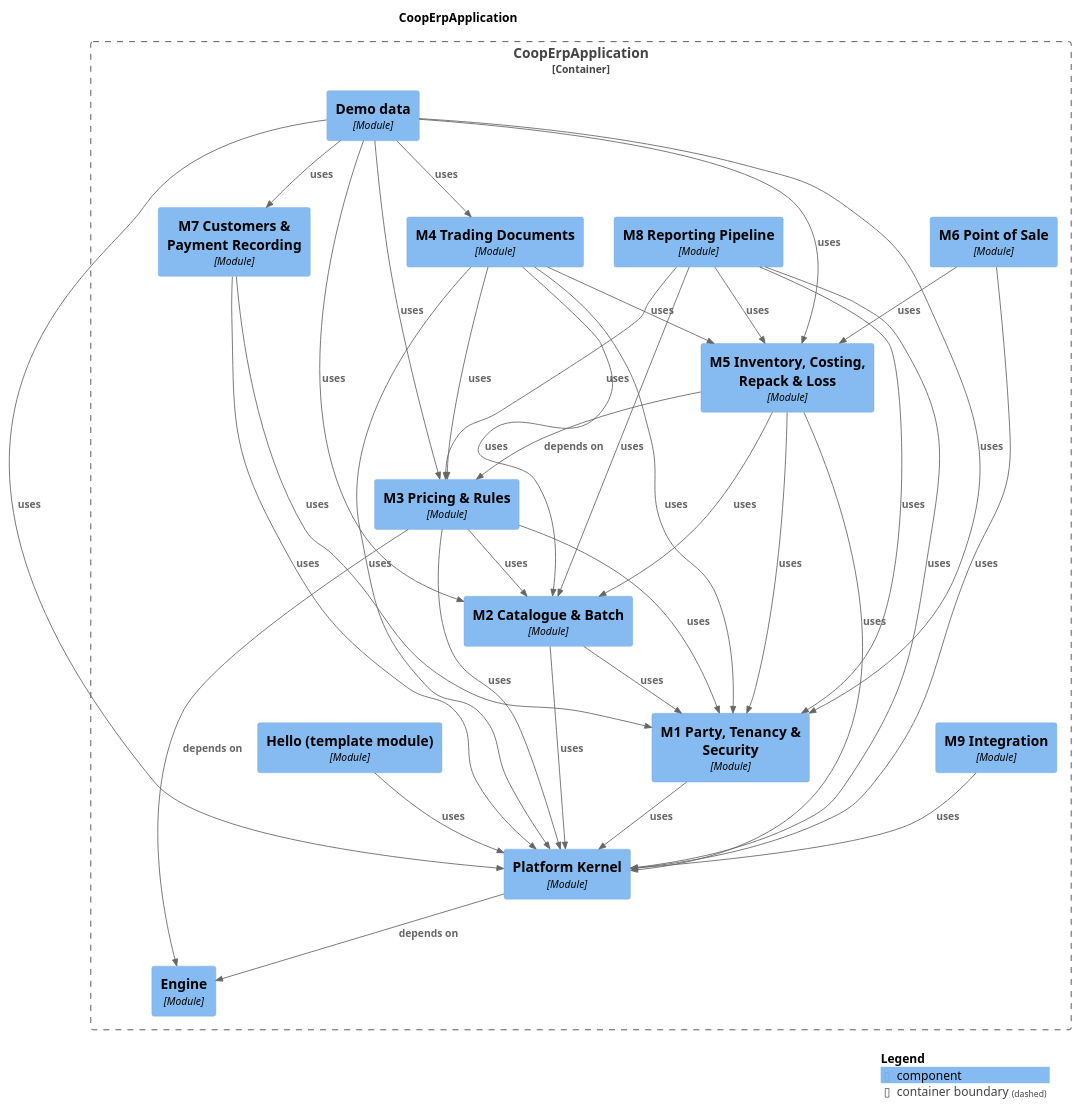
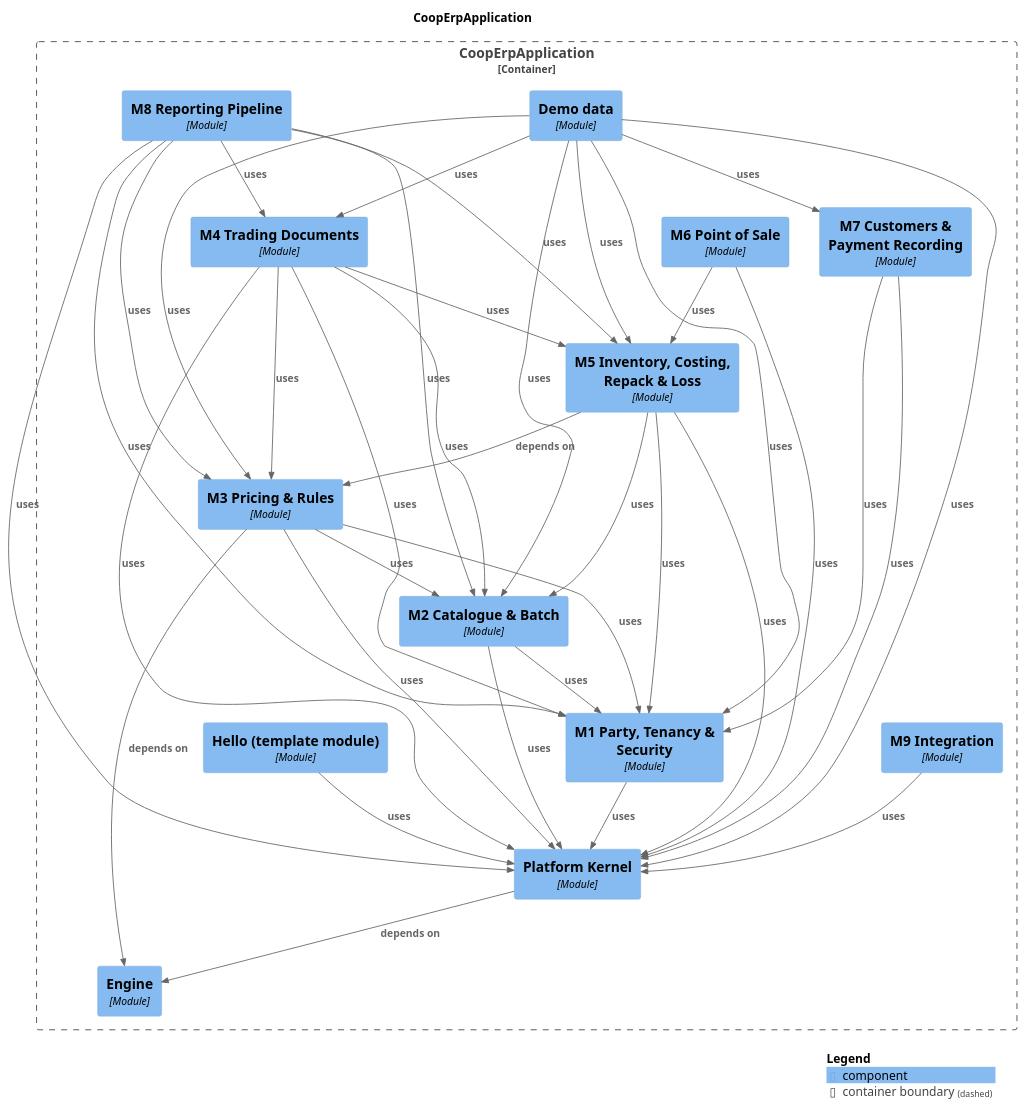
The diagram in docs/modules/components.puml (Knoweb/COOP_ERP), drawn with PlantUML before and after one commit. The commit also changed 32 other files, not shown here.

```diff
--- a/docs/modules/components.puml
+++ b/docs/modules/components.puml
@@ -1,64 +1,65 @@
 @startuml
 set separator none
 title CoopErpApplication
 
 top to bottom direction
 
 !include <C4/C4>
 !include <C4/C4_Context>
 !include <C4/C4_Component>
 
 Container_Boundary("CoopErpApplication.CoopErpApplication_boundary", "CoopErpApplication", $tags="") {
   Component(CoopErpApplication.CoopErpApplication.M7CustomersPaymentRecording, "M7 Customers & Payment Recording", $techn="Module", $descr="", $tags="", $link="")
   Component(CoopErpApplication.CoopErpApplication.M3PricingRules, "M3 Pricing & Rules", $techn="Module", $descr="", $tags="", $link="")
   Component(CoopErpApplication.CoopErpApplication.M5InventoryCostingRepackLoss, "M5 Inventory, Costing, Repack & Loss", $techn="Module", $descr="", $tags="", $link="")
   Component(CoopErpApplication.CoopErpApplication.M4TradingDocuments, "M4 Trading Documents", $techn="Module", $descr="", $tags="", $link="")
   Component(CoopErpApplication.CoopErpApplication.M6PointofSale, "M6 Point of Sale", $techn="Module", $descr="", $tags="", $link="")
+  Component(CoopErpApplication.CoopErpApplication.Demodata, "Demo data", $techn="Module", $descr="", $tags="", $link="")
   Component(CoopErpApplication.CoopErpApplication.M8ReportingPipeline, "M8 Reporting Pipeline", $techn="Module", $descr="", $tags="", $link="")
-  Component(CoopErpApplication.CoopErpApplication.Demodata, "Demo data", $techn="Module", $descr="", $tags="", $link="")
   Component(CoopErpApplication.CoopErpApplication.Engine, "Engine", $techn="Module", $descr="", $tags="", $link="")
   Component(CoopErpApplication.CoopErpApplication.PlatformKernel, "Platform Kernel", $techn="Module", $descr="", $tags="", $link="")
   Component(CoopErpApplication.CoopErpApplication.Hellotemplatemodule, "Hello (template module)", $techn="Module", $descr="", $tags="", $link="")
   Component(CoopErpApplication.CoopErpApplication.M1PartyTenancySecurity, "M1 Party, Tenancy & Security", $techn="Module", $descr="", $tags="", $link="")
   Component(CoopErpApplication.CoopErpApplication.M9Integration, "M9 Integration", $techn="Module", $descr="", $tags="", $link="")
   Component(CoopErpApplication.CoopErpApplication.M2CatalogueBatch, "M2 Catalogue & Batch", $techn="Module", $descr="", $tags="", $link="")
 }
 
 Rel(CoopErpApplication.CoopErpApplication.Demodata, CoopErpApplication.CoopErpApplication.M1PartyTenancySecurity, "uses", $techn="", $tags="", $link="")
 Rel(CoopErpApplication.CoopErpApplication.Demodata, CoopErpApplication.CoopErpApplication.M2CatalogueBatch, "uses", $techn="", $tags="", $link="")
 Rel(CoopErpApplication.CoopErpApplication.Demodata, CoopErpApplication.CoopErpApplication.M3PricingRules, "uses", $techn="", $tags="", $link="")
 Rel(CoopErpApplication.CoopErpApplication.Demodata, CoopErpApplication.CoopErpApplication.M4TradingDocuments, "uses", $techn="", $tags="", $link="")
 Rel(CoopErpApplication.CoopErpApplication.Demodata, CoopErpApplication.CoopErpApplication.M5InventoryCostingRepackLoss, "uses", $techn="", $tags="", $link="")
 Rel(CoopErpApplication.CoopErpApplication.Demodata, CoopErpApplication.CoopErpApplication.M7CustomersPaymentRecording, "uses", $techn="", $tags="", $link="")
 Rel(CoopErpApplication.CoopErpApplication.Demodata, CoopErpApplication.CoopErpApplication.PlatformKernel, "uses", $techn="", $tags="", $link="")
 Rel(CoopErpApplication.CoopErpApplication.Hellotemplatemodule, CoopErpApplication.CoopErpApplication.PlatformKernel, "uses", $techn="", $tags="", $link="")
 Rel(CoopErpApplication.CoopErpApplication.M1PartyTenancySecurity, CoopErpApplication.CoopErpApplication.PlatformKernel, "uses", $techn="", $tags="", $link="")
 Rel(CoopErpApplication.CoopErpApplication.M2CatalogueBatch, CoopErpApplication.CoopErpApplication.M1PartyTenancySecurity, "uses", $techn="", $tags="", $link="")
 Rel(CoopErpApplication.CoopErpApplication.M2CatalogueBatch, CoopErpApplication.CoopErpApplication.PlatformKernel, "uses", $techn="", $tags="", $link="")
 Rel(CoopErpApplication.CoopErpApplication.M3PricingRules, CoopErpApplication.CoopErpApplication.Engine, "depends on", $techn="", $tags="", $link="")
 Rel(CoopErpApplication.CoopErpApplication.M3PricingRules, CoopErpApplication.CoopErpApplication.M1PartyTenancySecurity, "uses", $techn="", $tags="", $link="")
 Rel(CoopErpApplication.CoopErpApplication.M3PricingRules, CoopErpApplication.CoopErpApplication.M2CatalogueBatch, "uses", $techn="", $tags="", $link="")
 Rel(CoopErpApplication.CoopErpApplication.M3PricingRules, CoopErpApplication.CoopErpApplication.PlatformKernel, "uses", $techn="", $tags="", $link="")
 Rel(CoopErpApplication.CoopErpApplication.M4TradingDocuments, CoopErpApplication.CoopErpApplication.M1PartyTenancySecurity, "uses", $techn="", $tags="", $link="")
 Rel(CoopErpApplication.CoopErpApplication.M4TradingDocuments, CoopErpApplication.CoopErpApplication.M2CatalogueBatch, "uses", $techn="", $tags="", $link="")
 Rel(CoopErpApplication.CoopErpApplication.M4TradingDocuments, CoopErpApplication.CoopErpApplication.M3PricingRules, "uses", $techn="", $tags="", $link="")
 Rel(CoopErpApplication.CoopErpApplication.M4TradingDocuments, CoopErpApplication.CoopErpApplication.M5InventoryCostingRepackLoss, "uses", $techn="", $tags="", $link="")
 Rel(CoopErpApplication.CoopErpApplication.M4TradingDocuments, CoopErpApplication.CoopErpApplication.PlatformKernel, "uses", $techn="", $tags="", $link="")
 Rel(CoopErpApplication.CoopErpApplication.M5InventoryCostingRepackLoss, CoopErpApplication.CoopErpApplication.M1PartyTenancySecurity, "uses", $techn="", $tags="", $link="")
 Rel(CoopErpApplication.CoopErpApplication.M5InventoryCostingRepackLoss, CoopErpApplication.CoopErpApplication.M2CatalogueBatch, "uses", $techn="", $tags="", $link="")
 Rel(CoopErpApplication.CoopErpApplication.M5InventoryCostingRepackLoss, CoopErpApplication.CoopErpApplication.M3PricingRules, "depends on", $techn="", $tags="", $link="")
 Rel(CoopErpApplication.CoopErpApplication.M5InventoryCostingRepackLoss, CoopErpApplication.CoopErpApplication.PlatformKernel, "uses", $techn="", $tags="", $link="")
 Rel(CoopErpApplication.CoopErpApplication.M6PointofSale, CoopErpApplication.CoopErpApplication.M5InventoryCostingRepackLoss, "uses", $techn="", $tags="", $link="")
 Rel(CoopErpApplication.CoopErpApplication.M6PointofSale, CoopErpApplication.CoopErpApplication.PlatformKernel, "uses", $techn="", $tags="", $link="")
 Rel(CoopErpApplication.CoopErpApplication.M7CustomersPaymentRecording, CoopErpApplication.CoopErpApplication.M1PartyTenancySecurity, "uses", $techn="", $tags="", $link="")
 Rel(CoopErpApplication.CoopErpApplication.M7CustomersPaymentRecording, CoopErpApplication.CoopErpApplication.PlatformKernel, "uses", $techn="", $tags="", $link="")
 Rel(CoopErpApplication.CoopErpApplication.M8ReportingPipeline, CoopErpApplication.CoopErpApplication.M1PartyTenancySecurity, "uses", $techn="", $tags="", $link="")
 Rel(CoopErpApplication.CoopErpApplication.M8ReportingPipeline, CoopErpApplication.CoopErpApplication.M2CatalogueBatch, "uses", $techn="", $tags="", $link="")
 Rel(CoopErpApplication.CoopErpApplication.M8ReportingPipeline, CoopErpApplication.CoopErpApplication.M3PricingRules, "uses", $techn="", $tags="", $link="")
+Rel(CoopErpApplication.CoopErpApplication.M8ReportingPipeline, CoopErpApplication.CoopErpApplication.M4TradingDocuments, "uses", $techn="", $tags="", $link="")
 Rel(CoopErpApplication.CoopErpApplication.M8ReportingPipeline, CoopErpApplication.CoopErpApplication.M5InventoryCostingRepackLoss, "uses", $techn="", $tags="", $link="")
 Rel(CoopErpApplication.CoopErpApplication.M8ReportingPipeline, CoopErpApplication.CoopErpApplication.PlatformKernel, "uses", $techn="", $tags="", $link="")
 Rel(CoopErpApplication.CoopErpApplication.M9Integration, CoopErpApplication.CoopErpApplication.PlatformKernel, "uses", $techn="", $tags="", $link="")
 Rel(CoopErpApplication.CoopErpApplication.PlatformKernel, CoopErpApplication.CoopErpApplication.Engine, "depends on", $techn="", $tags="", $link="")
 
 SHOW_LEGEND(true)
 @enduml
```
